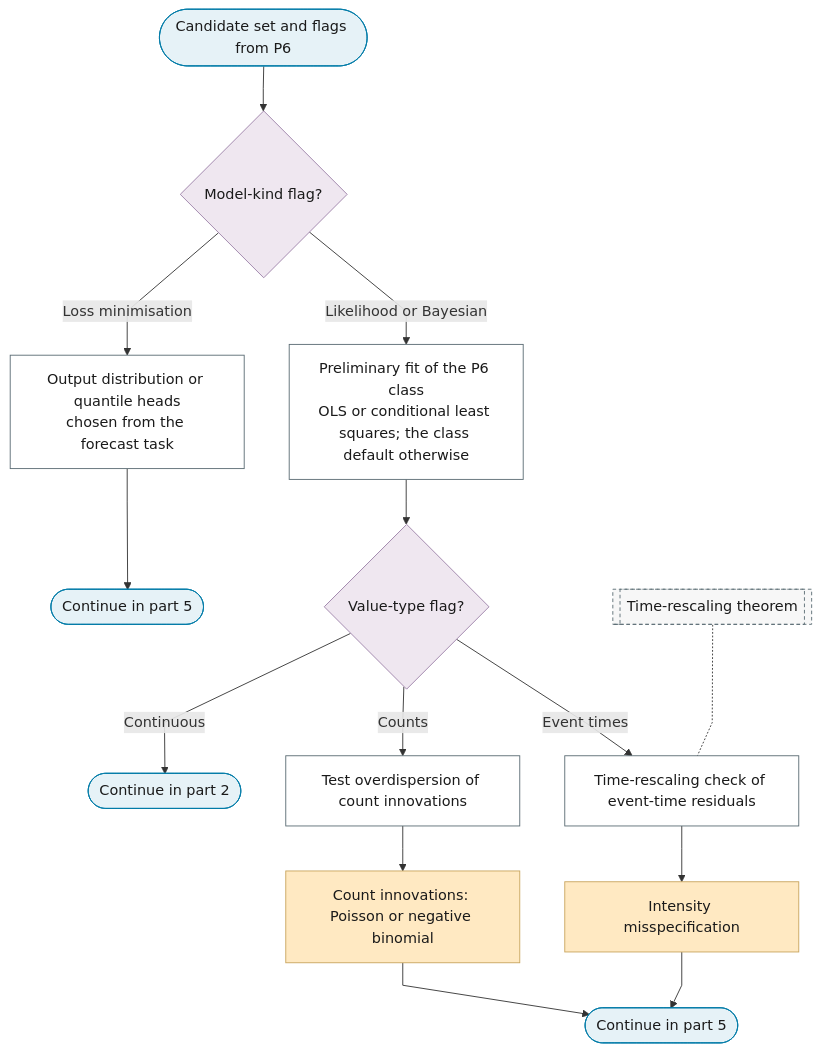
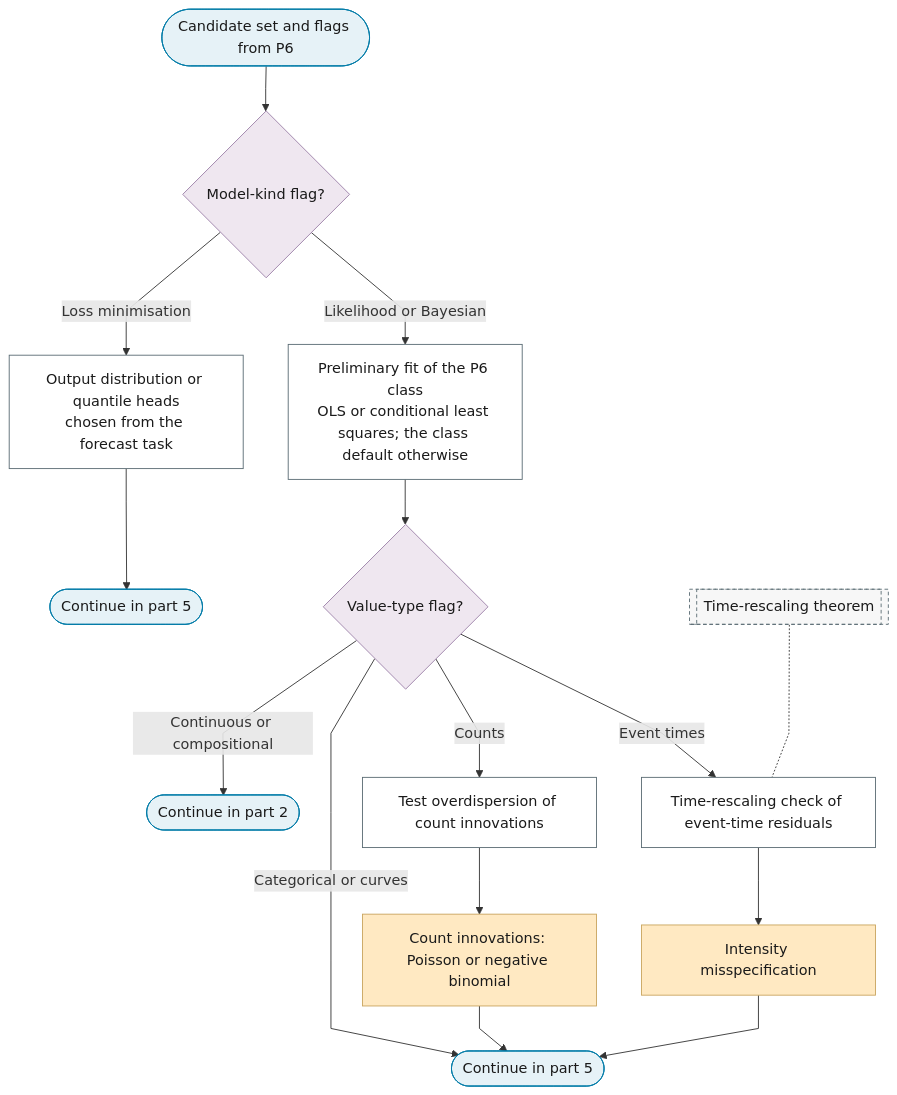
Before and after one commit to Shuxin-Y/time-series-analysis-manual: the first of 5 diagrams in docs/01-workflow/p07-error-process.md, drawn with Mermaid. The commit also changed 10 other files, not shown here.

````diff
--- a/docs/01-workflow/p07-error-process.md
+++ b/docs/01-workflow/p07-error-process.md
@@ -13,29 +13,30 @@
 ```mermaid
 %%{init: {"flowchart": {"curve": "linear"}}}%%
 graph TD
     P7_IN(["Candidate set and flags from P6"]) --> P7_KIND{"Model-kind flag?"}
     P7_KIND -->|"Loss minimisation"| P7_LEARNER_OUTPUT["Output distribution or quantile heads<br/>chosen from the forecast task"]
     P7_KIND -->|"Likelihood or Bayesian"| P7_PRELIM_FIT["Preliminary fit of the P6 class<br/>OLS or conditional least squares; the class default otherwise"]
     P7_LEARNER_OUTPUT --> P7_LEARNER_TO_PART_5(["Continue in part 5"])
     P7_PRELIM_FIT --> P7_TYPE{"Value-type flag?"}
-    P7_TYPE -->|"Continuous"| P7_TO_PART_2(["Continue in part 2"])
+    P7_TYPE -->|"Continuous or compositional"| P7_TO_PART_2(["Continue in part 2"])
+    P7_TYPE -->|"Categorical or curves"| P7_COUNTS_TO_PART_5
     P7_TYPE -->|"Counts"| P7_COUNT_TESTS["Test overdispersion of count innovations"]
     P7_TYPE -->|"Event times"| P7_RESCALING["Time-rescaling check of event-time residuals"]
     P7_COUNT_TESTS --> P7_INGARCH["Count innovations: Poisson or negative binomial"]
     P7_RESCALING --> P7_INTENSITY["Intensity misspecification"]
     P7_INGARCH & P7_INTENSITY --> P7_COUNTS_TO_PART_5(["Continue in part 5"])
     F_TIME_RESCALING[["Time-rescaling theorem"]] -.- P7_RESCALING
     class P7_IN,P7_LEARNER_TO_PART_5,P7_TO_PART_2,P7_COUNTS_TO_PART_5 terminator
     class P7_KIND,P7_TYPE decision
     class P7_LEARNER_OUTPUT,P7_PRELIM_FIT,P7_COUNT_TESTS,P7_RESCALING process
     class P7_INGARCH,P7_INTENSITY escalate
     class F_TIME_RESCALING ref
     classDef terminator fill:#E6F2F7,stroke:#007BA7,color:#1A1A1A;
     classDef process fill:#FFFFFF,stroke:#5A6B73,color:#1A1A1A;
     classDef decision fill:#EFE7F0,stroke:#9B7FA7,color:#1A1A1A;
     classDef data fill:#FFF4E0,stroke:#C9A55E,color:#1A1A1A;
     classDef good fill:#DCEFD8,stroke:#4A7A3F,color:#1A1A1A;
     classDef escalate fill:#FFE9C2,stroke:#C9A55E,color:#1A1A1A;
     classDef problem fill:#F2D9DE,stroke:#800020,color:#1A1A1A;
     classDef ref fill:#F7F7F7,stroke:#5A6B73,color:#1A1A1A,stroke-dasharray:4 3;
 ```
````
